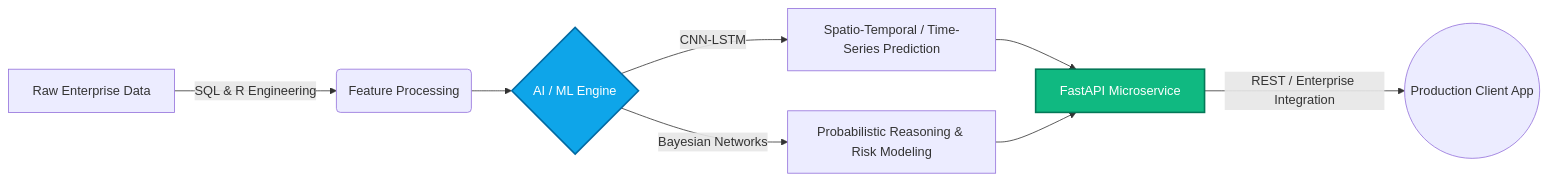
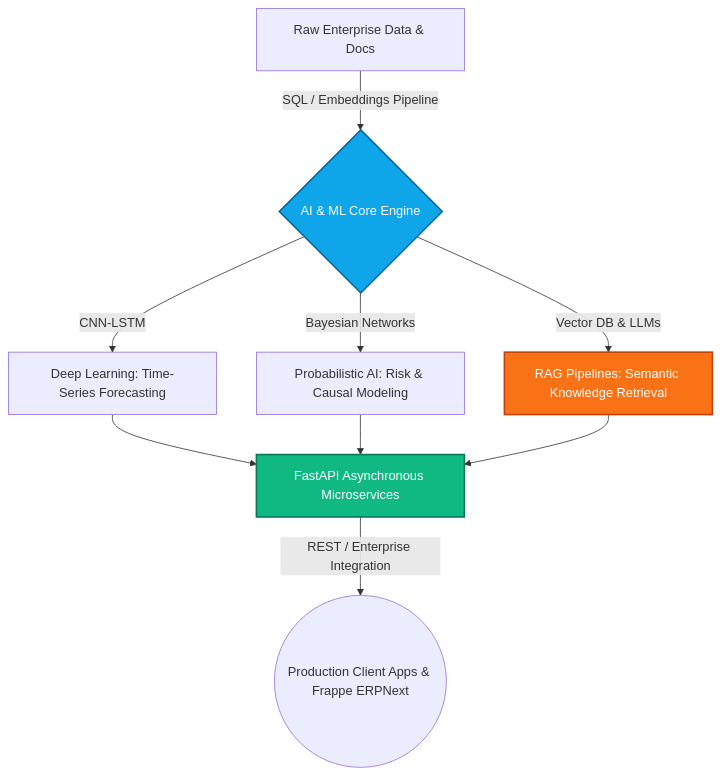
Before and after one commit to ahmedraheed/ahmedraheed: the diagram in README.md, drawn with Mermaid.

Commit message:
docs: deploy professional GitHub profile README with RAG and Frappe integration

````diff
--- a/README.md
+++ b/README.md
@@ -46,13 +46,18 @@
 ```mermaid
-graph LR
-    A[Raw Enterprise Data] -->|SQL & R Engineering| B(Feature Processing)
-    B --> C{AI / ML Engine}
-    C -->|CNN-LSTM| D[Spatio-Temporal / Time-Series Prediction]
-    C -->|Bayesian Networks| E[Probabilistic Reasoning & Risk Modeling]
-    D --> F[FastAPI Microservice]
-    E --> F
-    F -->|REST / Enterprise Integration| G((Production Client App))
+graph TD
+    Data[Raw Enterprise Data & Docs] -->|SQL / Embeddings Pipeline| Engine{AI & ML Core Engine}
     
-    style C fill:#0ea5e9,stroke:#0369a1,stroke-width:2px,color:#fff
-    style F fill:#10b981,stroke:#047857,stroke-width:2px,color:#fff
+    Engine -->|CNN-LSTM| DL[Deep Learning: Time-Series Forecasting]
+    Engine -->|Bayesian Networks| Prob[Probabilistic AI: Risk & Causal Modeling]
+    Engine -->|Vector DB & LLMs| RAG[RAG Pipelines: Semantic Knowledge Retrieval]
+    
+    DL --> API[FastAPI Asynchronous Microservices]
+    Prob --> API
+    RAG --> API
+    
+    API -->|REST / Enterprise Integration| Client((Production Client Apps & Frappe ERPNext))
+    
+    style Engine fill:#0ea5e9,stroke:#0369a1,stroke-width:2px,color:#fff
+    style RAG fill:#f97316,stroke:#c2410c,stroke-width:2px,color:#fff
+    style API fill:#10b981,stroke:#047857,stroke-width:2px,color:#fff
 ```
````
